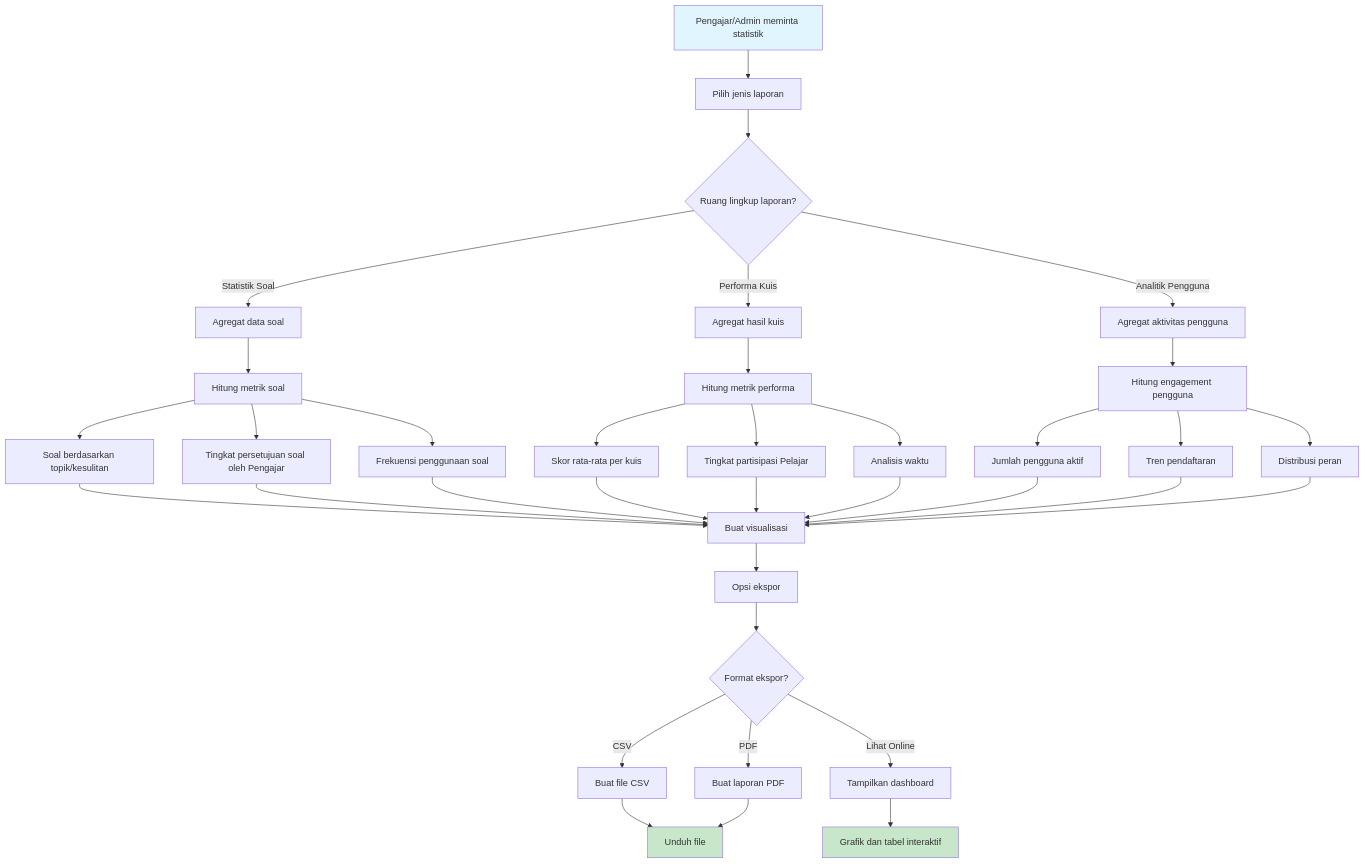
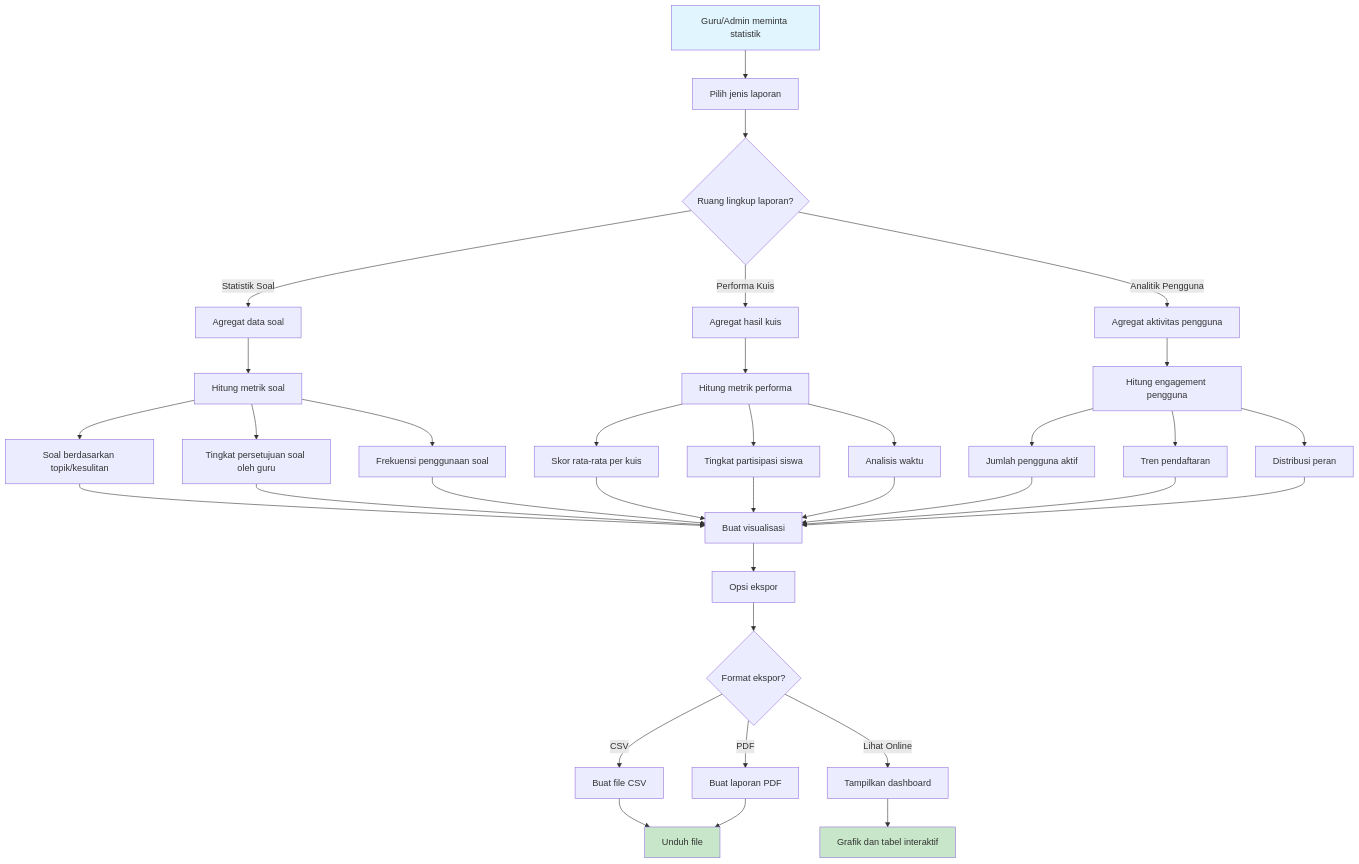
One commit to jonito2005/exam-expert-ai-docs changed the sixth of 8 diagrams in activity-diagrams.md. Above: the diagram before and after it, drawn with Mermaid. The commit also changed other lines of this file and 4 other files, not shown here.

````diff
--- a/activity-diagrams.md
+++ b/activity-diagrams.md
@@ -195,50 +207,50 @@
 ```mermaid
 flowchart TD
-    A[Pengajar/Admin meminta statistik] --> B[Pilih jenis laporan]
+    A[Guru/Admin meminta statistik] --> B[Pilih jenis laporan]
     B --> C{Ruang lingkup laporan?}
     
     C -->|Statistik Soal| D[Agregat data soal]
     C -->|Performa Kuis| E[Agregat hasil kuis]
     C -->|Analitik Pengguna| F[Agregat aktivitas pengguna]
     
     D --> G[Hitung metrik soal]
     E --> H[Hitung metrik performa]
     F --> I[Hitung engagement pengguna]
     
     G --> J[Soal berdasarkan topik/kesulitan]
-    G --> K[Tingkat persetujuan soal oleh Pengajar]
+    G --> K[Tingkat persetujuan soal oleh guru]
     G --> L[Frekuensi penggunaan soal]
     
     H --> M[Skor rata-rata per kuis]
-    H --> N[Tingkat partisipasi Pelajar]
+    H --> N[Tingkat partisipasi siswa]
     H --> O[Analisis waktu]
     
     I --> P[Jumlah pengguna aktif]
     I --> Q[Tren pendaftaran]
     I --> R[Distribusi peran]
     
     J --> S[Buat visualisasi]
     K --> S
     L --> S
     M --> S
     N --> S
     O --> S
     P --> S
     Q --> S
     R --> S
     
     S --> T[Opsi ekspor]
     T --> U{Format ekspor?}
     
     U -->|CSV| V[Buat file CSV]
     U -->|PDF| W[Buat laporan PDF]
     U -->|Lihat Online| X[Tampilkan dashboard]
     
     V --> Y[Unduh file]
     W --> Y
     X --> Z[Grafik dan tabel interaktif]
     
     style A fill:#e1f5fe
     style Y fill:#c8e6c9
     style Z fill:#c8e6c9
 ```
````
